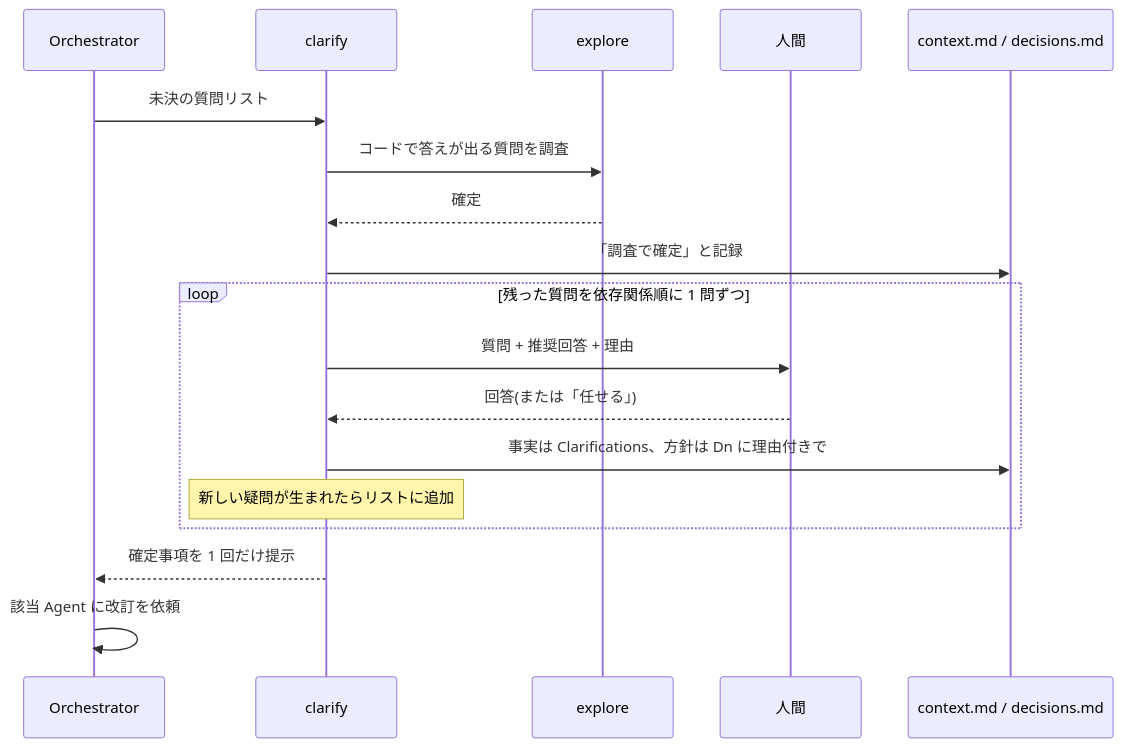
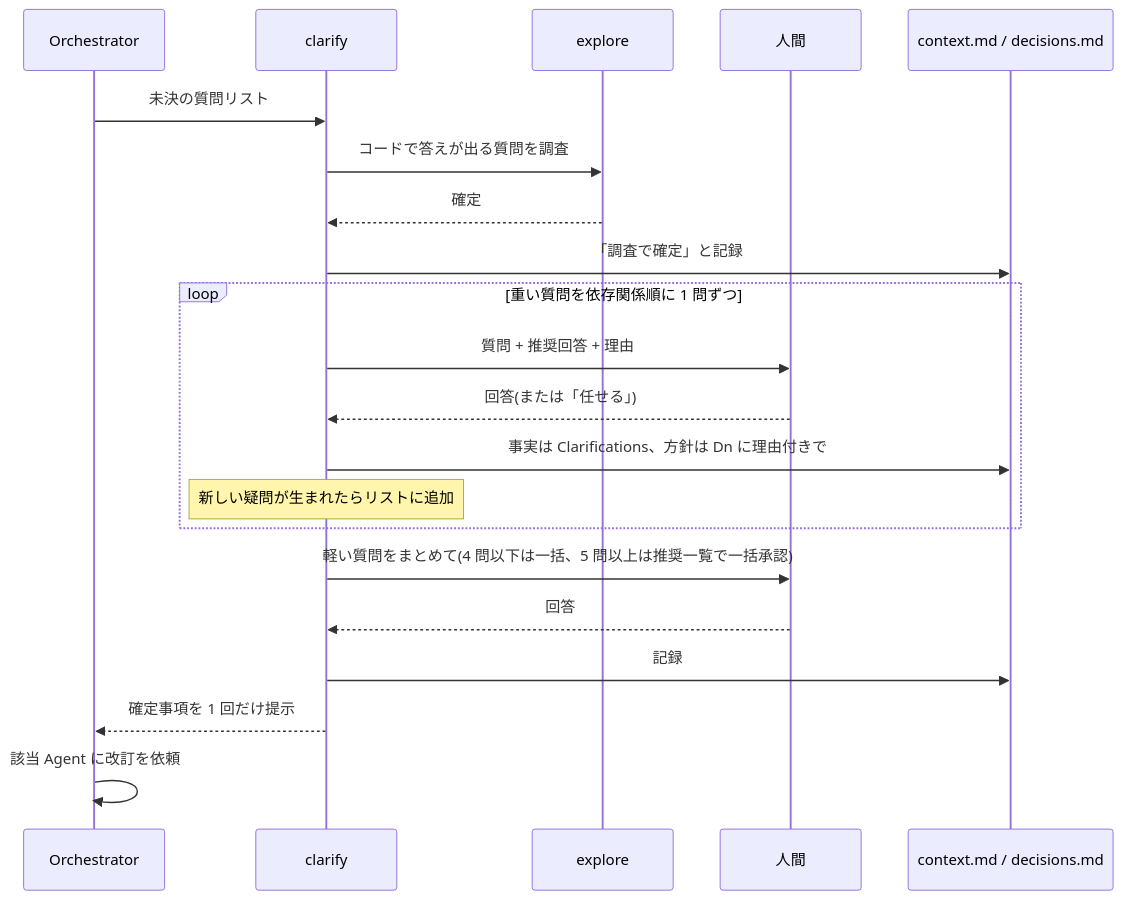
Before and after one commit to tamashiro-syuta/tama-cc-kit: the fifth of 12 diagrams in docs/tama-cc-devflow.md, drawn with Mermaid. The commit also changed other lines of this file and 8 other files, not shown here.

````diff
--- a/docs/tama-cc-devflow.md
+++ b/docs/tama-cc-devflow.md
@@ -286,21 +287,24 @@
 ```mermaid
 sequenceDiagram
     participant O as Orchestrator
     participant C as clarify
     participant X as explore
     participant H as 人間
     participant W as context.md / decisions.md
 
     O->>C: 未決の質問リスト
     C->>X: コードで答えが出る質問を調査
     X-->>C: 確定
     C->>W: 「調査で確定」と記録
-    loop 残った質問を依存関係順に 1 問ずつ
+    loop 重い質問を依存関係順に 1 問ずつ
         C->>H: 質問 + 推奨回答 + 理由
         H-->>C: 回答(または「任せる」)
         C->>W: 事実は Clarifications、方針は Dn に理由付きで
         Note over C: 新しい疑問が生まれたらリストに追加
     end
+    C->>H: 軽い質問をまとめて(4 問以下は一括、5 問以上は推奨一覧で一括承認)
+    H-->>C: 回答
+    C->>W: 記録
     C-->>O: 確定事項を 1 回だけ提示
     O->>O: 該当 Agent に改訂を依頼
 ```
````
